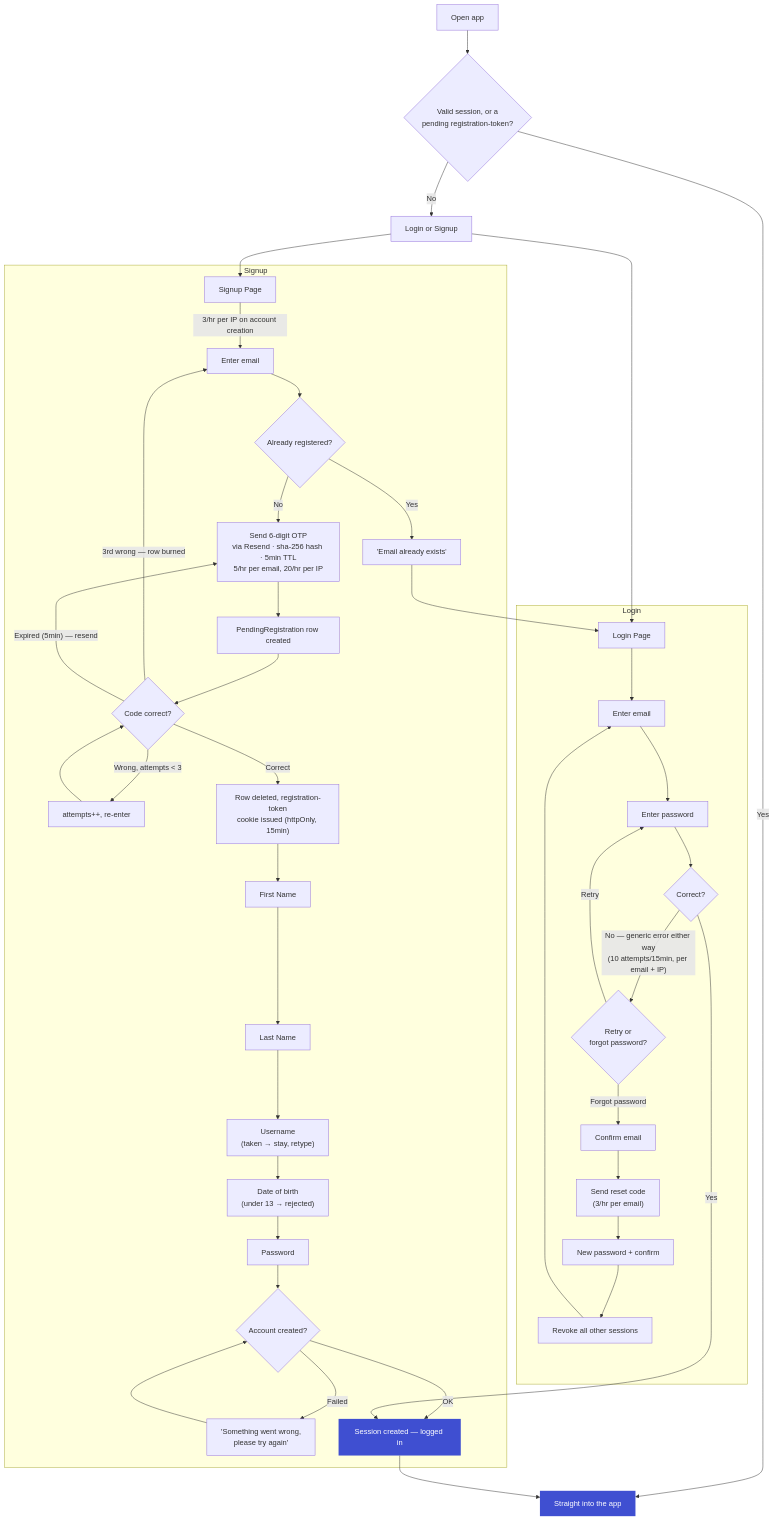
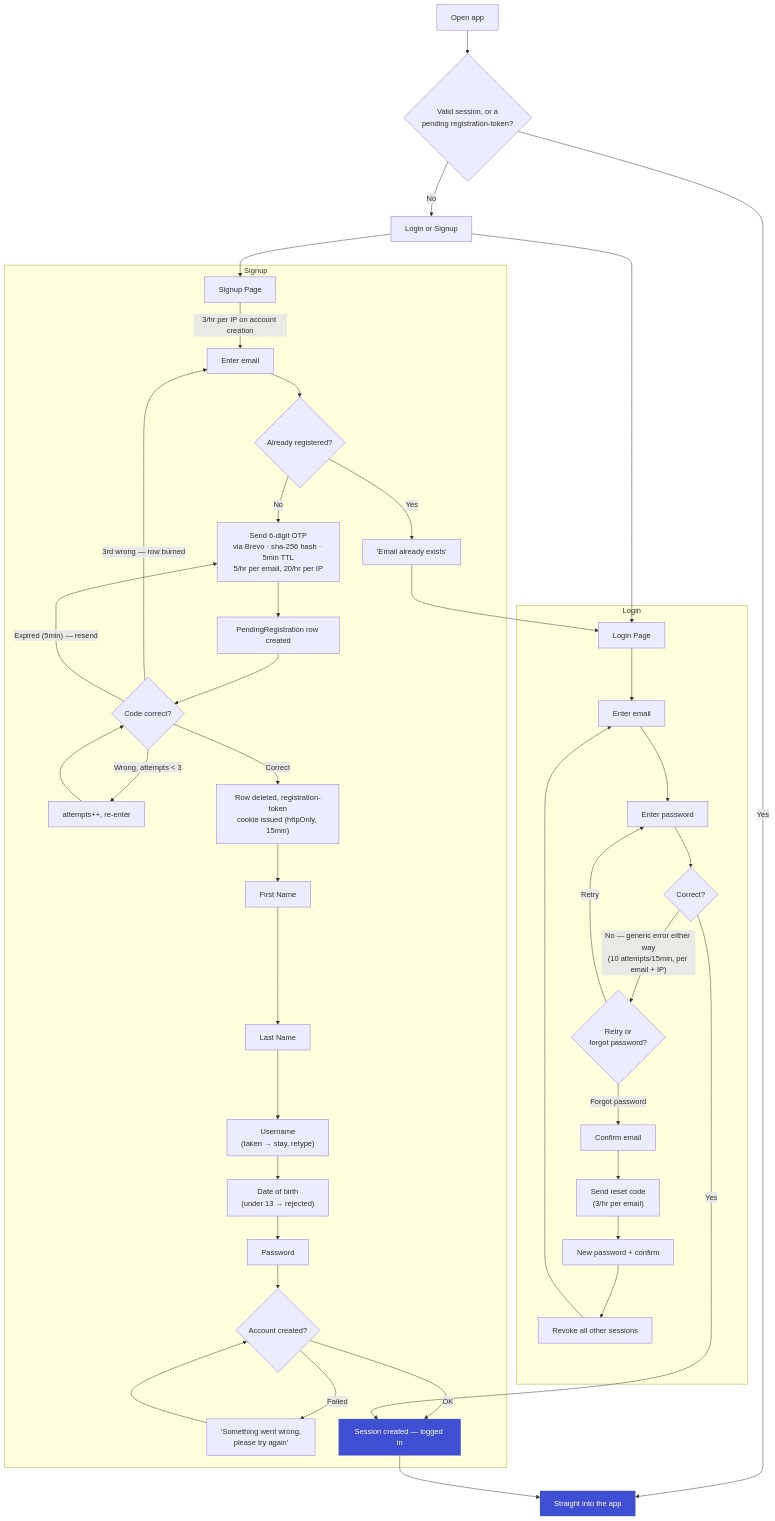
Before and after one commit to Naman830/deeperk: the diagram in Docs/user/auth.md, drawn with Mermaid. The commit also changed other lines of this file and 11 other files, not shown here.

Commit message:
email changed to brevo succeffuly

````diff
--- a/Docs/user/auth.md
+++ b/Docs/user/auth.md
@@ -23,48 +23,48 @@
 ```mermaid
 flowchart TD
     Start["Open app"] --> Guard{"Valid session, or a<br/>pending registration-token?"}
     Guard -->|Yes| App["Straight into the app"]
     Guard -->|No| Choice["Login or Signup"]
     Choice --> LoginPage["Login Page"]
     Choice --> SignupPage["Signup Page"]
 
     subgraph Login
         LoginPage --> LEmail["Enter email"] --> LPass["Enter password"]
         LPass --> LCheck{"Correct?"}
         LCheck -->|"No — generic error either way<br/>(10 attempts/15min, per email + IP)"| LChoice{"Retry or<br/>forgot password?"}
         LChoice -->|Retry| LPass
         LChoice -->|"Forgot password"| FEmail["Confirm email"]
         FEmail --> FOtp["Send reset code<br/>(3/hr per email)"]
         FOtp --> FNew["New password + confirm"]
         FNew --> FRevoke["Revoke all other sessions"]
         FRevoke --> LEmail
     end
 
     subgraph Signup
         SignupPage -->|"3/hr per IP on account creation"| SEmail["Enter email"]
         SEmail --> SExists{"Already registered?"}
         SExists -->|Yes| SErr["'Email already exists'"]
         SErr --> LoginPage
-        SExists -->|No| SOtp["Send 6-digit OTP<br/>via Resend · sha-256 hash · 5min TTL<br/>5/hr per email, 20/hr per IP"]
+        SExists -->|No| SOtp["Send 6-digit OTP<br/>via Brevo · sha-256 hash · 5min TTL<br/>5/hr per email, 20/hr per IP"]
         SOtp --> SPend["PendingRegistration row created"]
         SPend --> SVerify{"Code correct?"}
         SVerify -->|"Wrong, attempts < 3"| SRetry["attempts++, re-enter"]
         SRetry --> SVerify
         SVerify -->|"3rd wrong — row burned"| SEmail
         SVerify -->|"Expired (5min) — resend"| SOtp
         SVerify -->|Correct| SDel["Row deleted, registration-token<br/>cookie issued (httpOnly, 15min)"]
         SDel --> SFName["First Name"] --> SLName["Last Name"] --> SUser["Username<br/>(taken → stay, retype)"]
         SUser --> SDob["Date of birth<br/>(under 13 → rejected)"]
         SDob --> SPass["Password"]
         SPass --> SCreate{"Account created?"}
         SCreate -->|Failed| SCreateErr["'Something went wrong,<br/>please try again'"]
         SCreateErr --> SCreate
         SCreate -->|OK| SessionOK
     end
 
     LCheck -->|Yes| SessionOK["Session created — logged in"]
     SessionOK --> App
 
     style App fill:#3F4FD1,color:#fff,stroke:none
     style SessionOK fill:#3F4FD1,color:#fff,stroke:none
 ```
````
